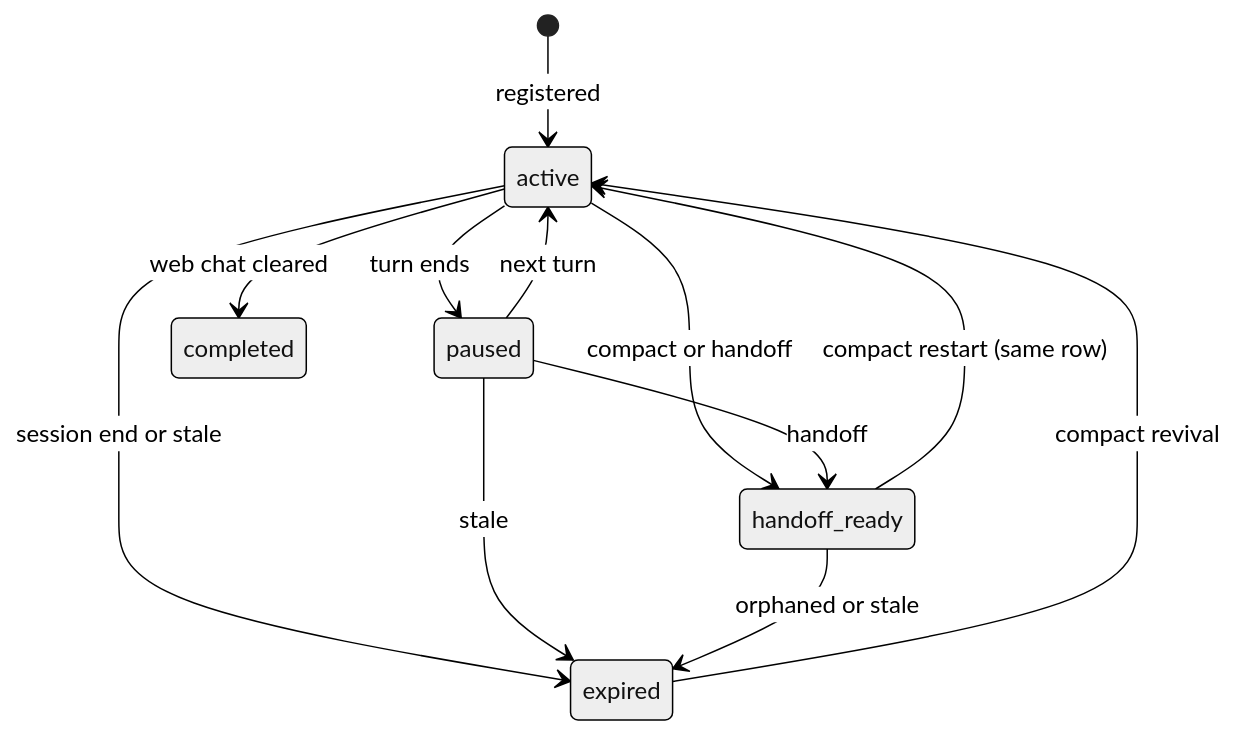
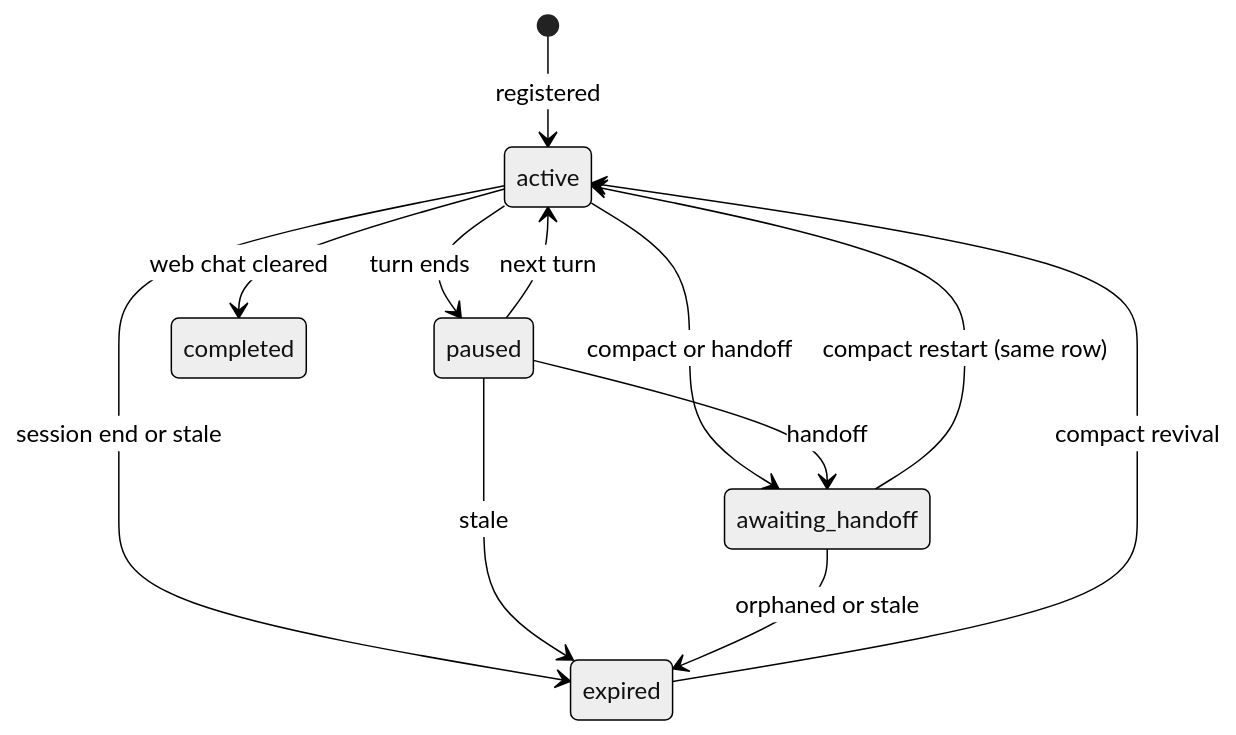
One commit to GobbyAI/gobby changed the first of 2 diagrams in docs/guides/sessions.md. Above: the diagram before and after it, drawn with Mermaid (neutral theme). The commit also changed other lines of this file and 97 other files, not shown here.

Commit message:
[gobby-#21593] fix: confirm Claude interrupts, clear the composer, reuse pending clear attempts, and hold awaiting_handoff rows until the successor binds

````diff
--- a/docs/guides/sessions.md
+++ b/docs/guides/sessions.md
@@ -39,14 +39,14 @@
 ```mermaid
 stateDiagram-v2
     [*] --> active: registered
     active --> paused: turn ends
     paused --> active: next turn
-    active --> handoff_ready: compact or handoff
-    paused --> handoff_ready: handoff
-    handoff_ready --> active: compact restart (same row)
+    active --> awaiting_handoff: compact or handoff
+    paused --> awaiting_handoff: handoff
+    awaiting_handoff --> active: compact restart (same row)
     active --> completed: web chat cleared
     active --> expired: session end or stale
     paused --> expired: stale
-    handoff_ready --> expired: orphaned or stale
+    awaiting_handoff --> expired: orphaned or stale
     expired --> active: compact revival
 ```
````
